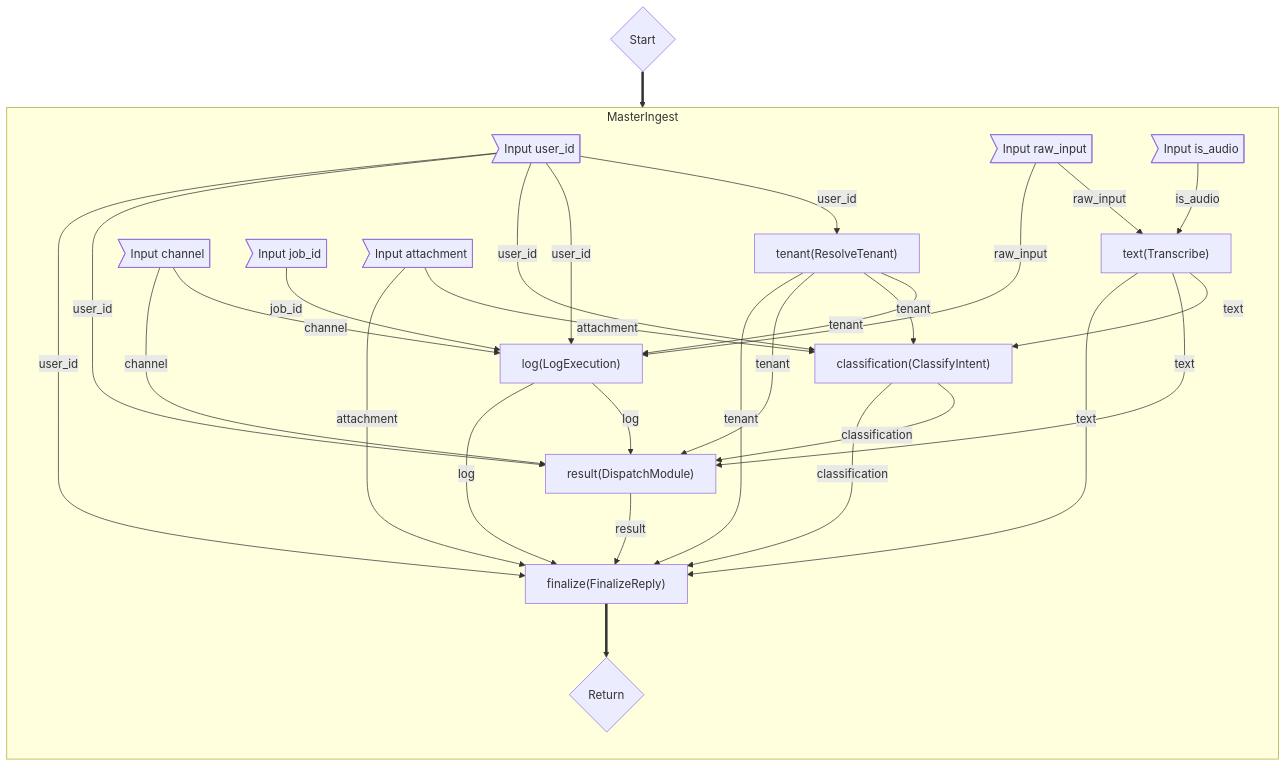
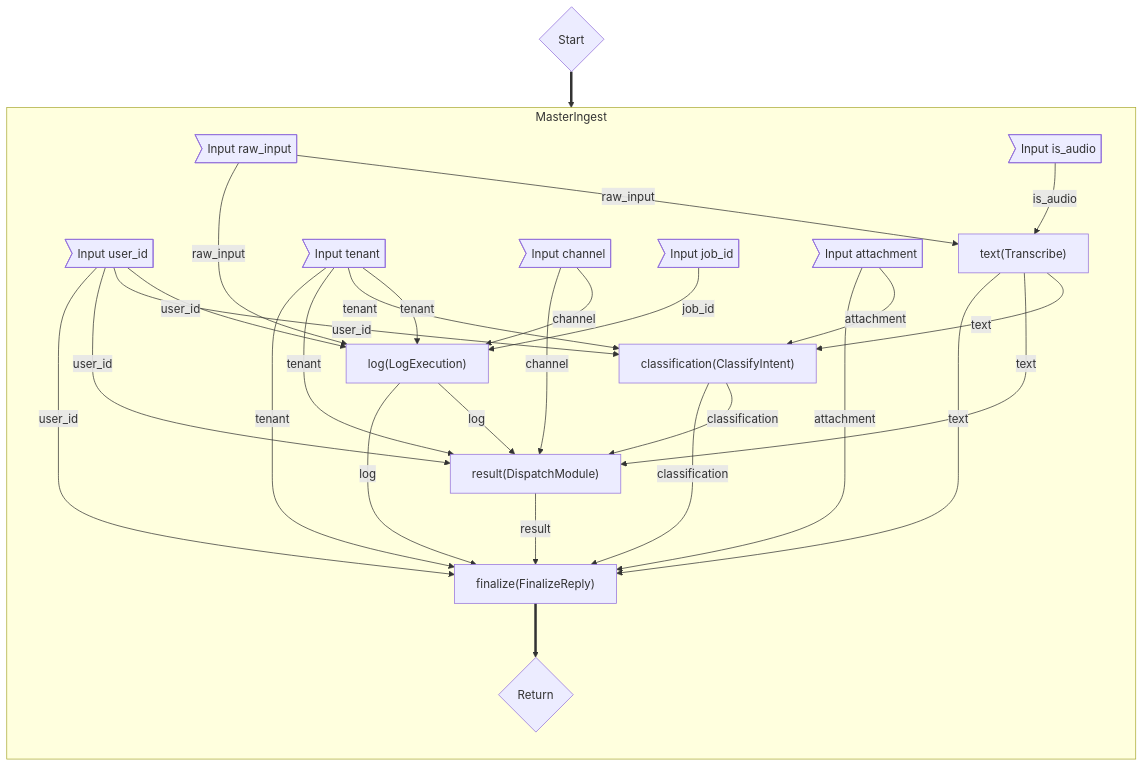
One commit to ndrean/reactor-crm_ex changed the fifth of 11 diagrams in README.md. Above: the diagram before and after it, drawn with Mermaid. The commit also changed other lines of this file and 70 other files, not shown here.

````diff
--- a/README.md
+++ b/README.md
@@ -146,47 +145,46 @@
 ```mermaid
 flowchart TB
     start{"Start"}
     start==>reactor_MasterIngest
     subgraph reactor_MasterIngest["MasterIngest"]
         direction TB
         input_user_id>"Input user_id"]
         input_raw_input>"Input raw_input"]
         input_is_audio>"Input is_audio"]
         input_channel>"Input channel"]
         input_job_id>"Input job_id"]
         input_attachment>"Input attachment"]
-        input_user_id -->|user_id|step_tenant
-        step_tenant["tenant(ResolveTenant)"]
+        input_tenant>"Input tenant"]
         input_raw_input -->|raw_input|step_text
         input_is_audio -->|is_audio|step_text
         step_text["text(Transcribe)"]
-        step_tenant -->|tenant|step_log
+        input_tenant -->|tenant|step_log
         input_raw_input -->|raw_input|step_log
         input_channel -->|channel|step_log
         input_user_id -->|user_id|step_log
         input_job_id -->|job_id|step_log
         step_log["log(LogExecution)"]
         step_text -->|text|step_classify
         input_attachment -->|attachment|step_classify
-        step_tenant -->|tenant|step_classify
+        input_tenant -->|tenant|step_classify
         input_user_id -->|user_id|step_classify
         step_classify["classification(ClassifyIntent)"]
         step_classify -->|classification|step_result
-        step_tenant -->|tenant|step_result
+        input_tenant -->|tenant|step_result
         input_channel -->|channel|step_result
         input_user_id -->|user_id|step_result
         step_log -->|log|step_result
         step_text -->|text|step_result
         step_result["result(DispatchModule)"]
         step_result -->|result|step_finalize
         step_log -->|log|step_finalize
-        step_tenant -->|tenant|step_finalize
+        input_tenant -->|tenant|step_finalize
         step_classify -->|classification|step_finalize
         input_attachment -->|attachment|step_finalize
         input_user_id -->|user_id|step_finalize
         step_text -->|text|step_finalize
         step_finalize["finalize(FinalizeReply)"]
         return_MasterIngest{"Return"}
         step_finalize==>return_MasterIngest
     end
 ```
````
